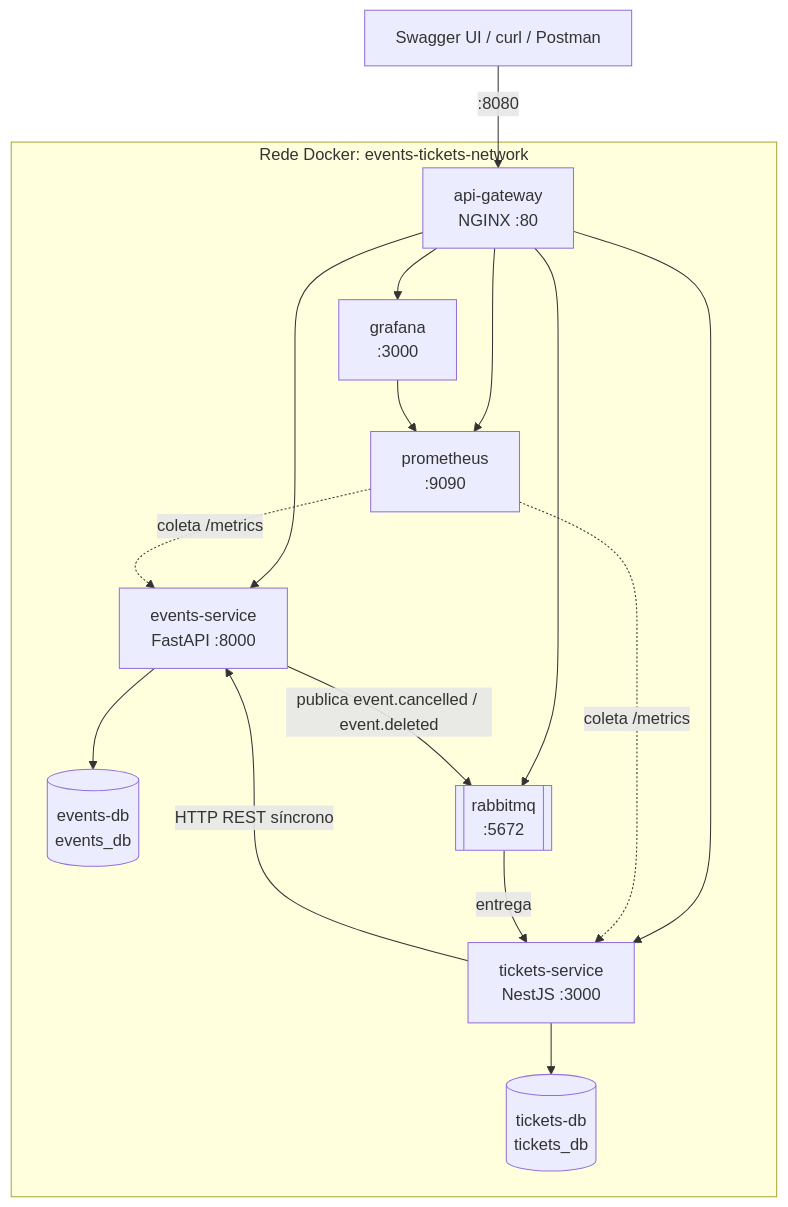
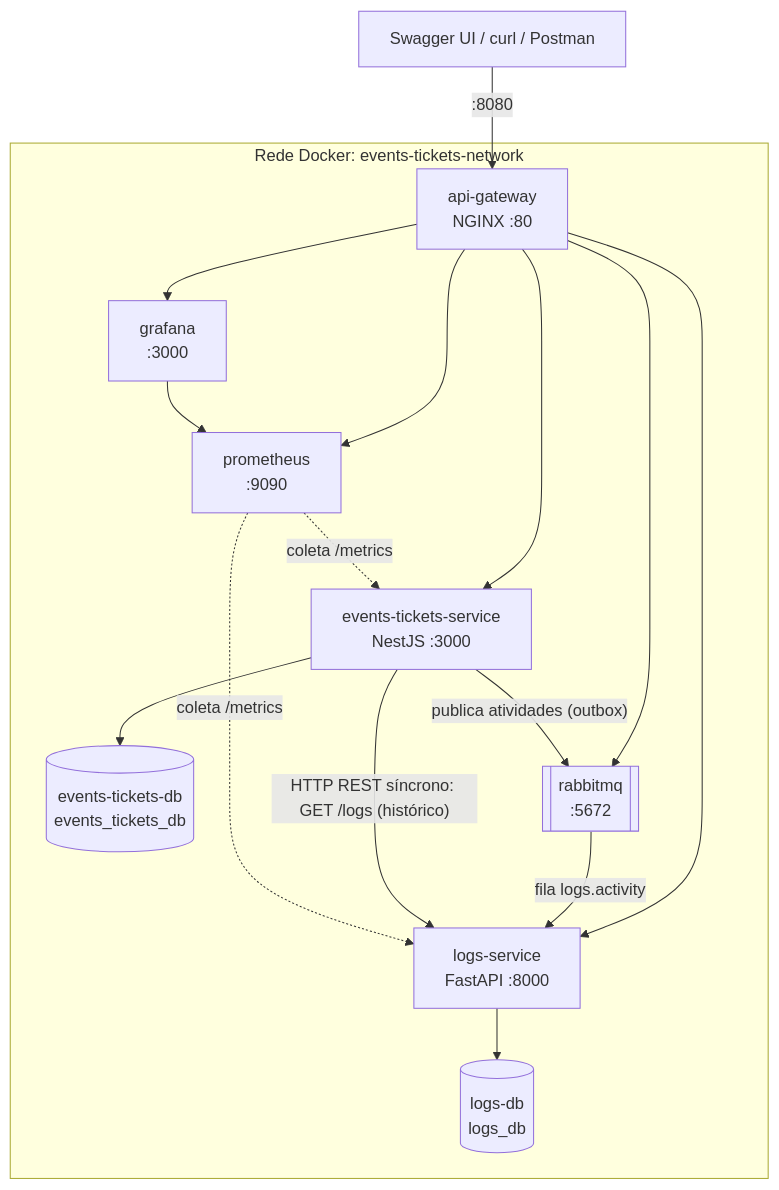
Before and after one commit to Igor-Lazarin-Oliani/events-tickets-ms: the diagram in docs/arquitetura.md, drawn with Mermaid. The commit also changed other lines of this file and 120 other files, not shown here.

````diff
--- a/docs/arquitetura.md
+++ b/docs/arquitetura.md
@@ -23,28 +24,28 @@
 ```mermaid
 flowchart TB
     cliente["Swagger UI / curl / Postman"]
     subgraph rede["Rede Docker: events-tickets-network"]
         gateway["api-gateway<br/>NGINX :80"]
-        events["events-service<br/>FastAPI :8000"]
-        tickets["tickets-service<br/>NestJS :3000"]
-        eventsdb[("events-db<br/>events_db")]
-        ticketsdb[("tickets-db<br/>tickets_db")]
+        core["events-tickets-service<br/>NestJS :3000"]
+        logs["logs-service<br/>FastAPI :8000"]
+        coredb[("events-tickets-db<br/>events_tickets_db")]
+        logsdb[("logs-db<br/>logs_db")]
+        rabbitmq[["rabbitmq<br/>:5672"]]
         prometheus["prometheus<br/>:9090"]
         grafana["grafana<br/>:3000"]
-        rabbitmq[["rabbitmq<br/>:5672"]]
     end
     cliente -->|":8080"| gateway
-    gateway --> events
-    gateway --> tickets
+    gateway --> core
+    gateway --> logs
     gateway --> grafana
     gateway --> prometheus
+    gateway --> rabbitmq
+    core --> coredb
+    logs --> logsdb
+    core -->|"publica atividades (outbox)"| rabbitmq
+    rabbitmq -->|"fila logs.activity"| logs
+    core -->|"HTTP REST síncrono: GET /logs (histórico)"| logs
     grafana --> prometheus
-    prometheus -.->|"coleta /metrics"| events
-    prometheus -.->|"coleta /metrics"| tickets
-    gateway --> rabbitmq
-    events -->|"publica event.cancelled / event.deleted"| rabbitmq
-    rabbitmq -->|"entrega"| tickets
-    tickets -->|"HTTP REST síncrono"| events
-    events --> eventsdb
-    tickets --> ticketsdb
+    prometheus -.->|"coleta /metrics"| core
+    prometheus -.->|"coleta /metrics"| logs
 ```
````
